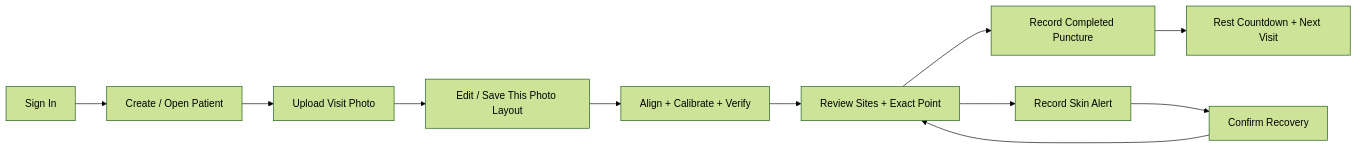
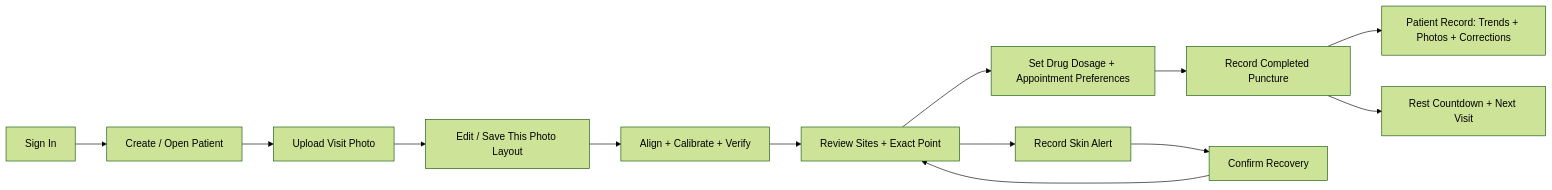
Before and after one commit to ShabbirMahmood/SiteCare_Prototype: the second of 2 diagrams in README.md, drawn with Mermaid (forest theme). The commit also changed other lines of this file and 24 other files, not shown here.

````diff
--- a/README.md
+++ b/README.md
@@ -45,13 +47,15 @@
 ```mermaid
 flowchart LR
     A["Sign In"] --> B["Create / Open Patient"]
     B --> C["Upload Visit Photo"]
     C --> L["Edit / Save This Photo Layout"]
     L --> D["Align + Calibrate + Verify"]
     D --> E["Review Sites + Exact Point"]
-    E --> F["Record Completed Puncture"]
+    E --> P["Set Drug Dosage + Appointment Preferences"]
+    P --> F["Record Completed Puncture"]
+    F --> R["Patient Record: Trends + Photos + Corrections"]
     F --> G["Rest Countdown + Next Visit"]
     E --> H["Record Skin Alert"]
     H --> I["Confirm Recovery"]
     I --> E
 ```
````
